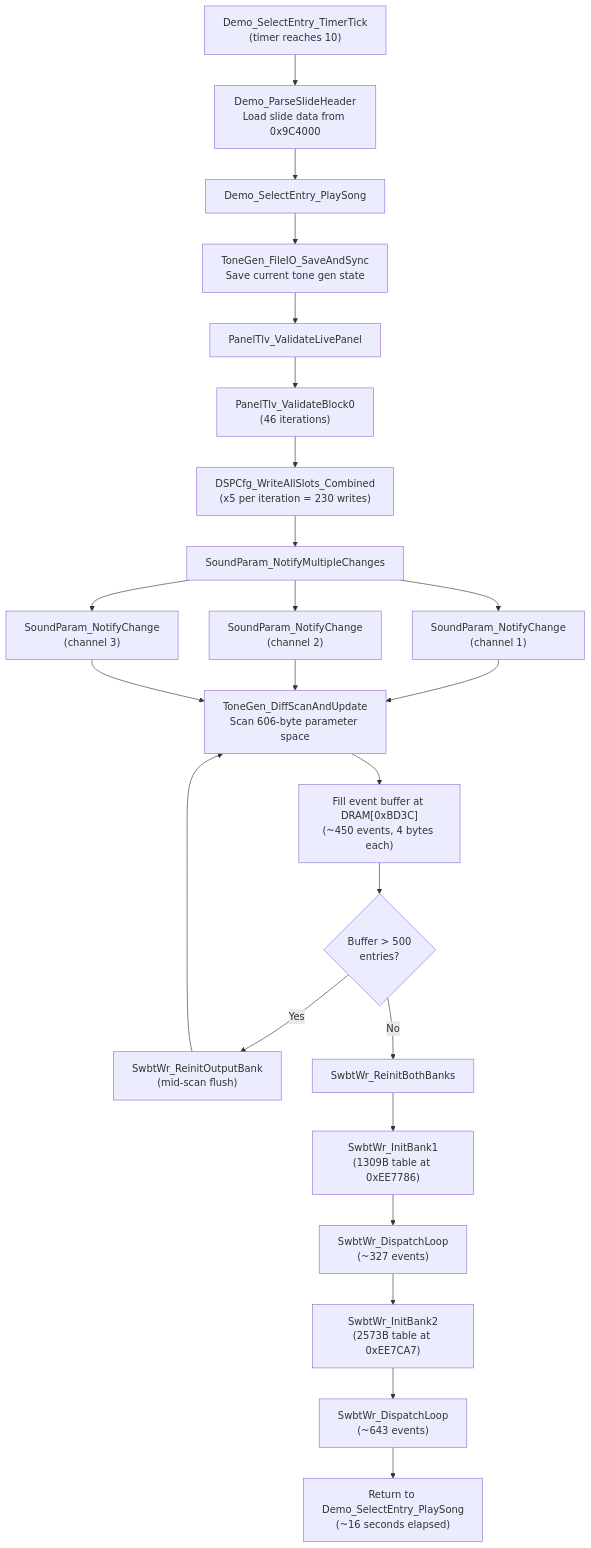
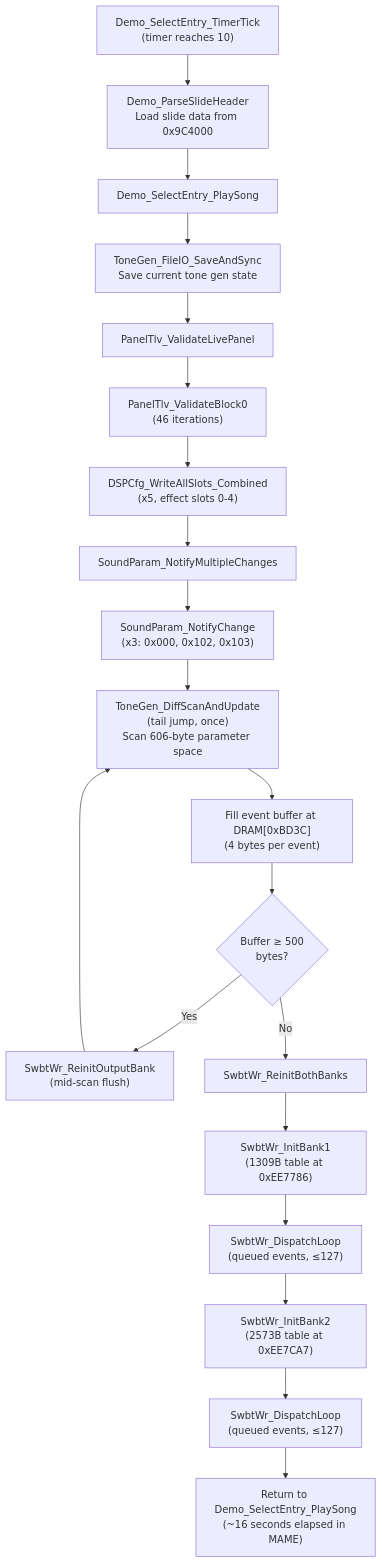
The second of 4 diagrams in swbwr-tone-init.md (ArqueologiaDigital/technics-docs), drawn with Mermaid before and after one commit. The commit also changed other lines of this file and 1 other file, not shown here.

First line of the commit message:
audio-subsystem, swbwr-tone-init: correct stale and refuted claims

````diff
--- a/swbwr-tone-init.md
+++ b/swbwr-tone-init.md
@@ -241,31 +240,26 @@
 ```mermaid
 flowchart TD
     TICK["Demo_SelectEntry_TimerTick<br/>(timer reaches 10)"] --> PARSE["Demo_ParseSlideHeader<br/>Load slide data from 0x9C4000"]
     PARSE --> PLAY["Demo_SelectEntry_PlaySong"]
 
     PLAY --> SAVE["ToneGen_FileIO_SaveAndSync<br/>Save current tone gen state"]
     SAVE --> INIT["PanelTlv_ValidateLivePanel"]
     INIT --> DSP["PanelTlv_ValidateBlock0<br/>(46 iterations)"]
-    DSP --> SLOTS["DSPCfg_WriteAllSlots_Combined<br/>(x5 per iteration = 230 writes)"]
+    DSP --> SLOTS["DSPCfg_WriteAllSlots_Combined<br/>(x5, effect slots 0-4)"]
     SLOTS --> NOTIFY["SoundParam_NotifyMultipleChanges"]
 
-    NOTIFY --> CH1["SoundParam_NotifyChange<br/>(channel 1)"]
-    NOTIFY --> CH2["SoundParam_NotifyChange<br/>(channel 2)"]
-    NOTIFY --> CH3["SoundParam_NotifyChange<br/>(channel 3)"]
+    NOTIFY --> CH["SoundParam_NotifyChange<br/>(x3: 0x000, 0x102, 0x103)"]
+    CH --> DIFF["ToneGen_DiffScanAndUpdate<br/>(tail jump, once)<br/>Scan 606-byte parameter space"]
 
-    CH1 --> DIFF["ToneGen_DiffScanAndUpdate<br/>Scan 606-byte parameter space"]
-    CH2 --> DIFF
-    CH3 --> DIFF
-
-    DIFF --> FILL["Fill event buffer at DRAM[0xBD3C]<br/>(~450 events, 4 bytes each)"]
-    FILL --> FLUSH{"Buffer > 500<br/>entries?"}
+    DIFF --> FILL["Fill event buffer at DRAM[0xBD3C]<br/>(4 bytes per event)"]
+    FILL --> FLUSH{"Buffer ≥ 500<br/>bytes?"}
     FLUSH -- "Yes" --> MIDFLUSH["SwbtWr_ReinitOutputBank<br/>(mid-scan flush)"]
     MIDFLUSH --> DIFF
     FLUSH -- "No" --> SWBT["SwbtWr_ReinitBothBanks"]
 
     SWBT --> B1["SwbtWr_InitBank1<br/>(1309B table at 0xEE7786)"]
-    B1 --> LOOP1["SwbtWr_DispatchLoop<br/>(~327 events)"]
+    B1 --> LOOP1["SwbtWr_DispatchLoop<br/>(queued events, ≤127)"]
     LOOP1 --> B2["SwbtWr_InitBank2<br/>(2573B table at 0xEE7CA7)"]
-    B2 --> LOOP2["SwbtWr_DispatchLoop<br/>(~643 events)"]
-    LOOP2 --> DONE["Return to Demo_SelectEntry_PlaySong<br/>(~16 seconds elapsed)"]
+    B2 --> LOOP2["SwbtWr_DispatchLoop<br/>(queued events, ≤127)"]
+    LOOP2 --> DONE["Return to Demo_SelectEntry_PlaySong<br/>(~16 seconds elapsed in MAME)"]
 ```
````
